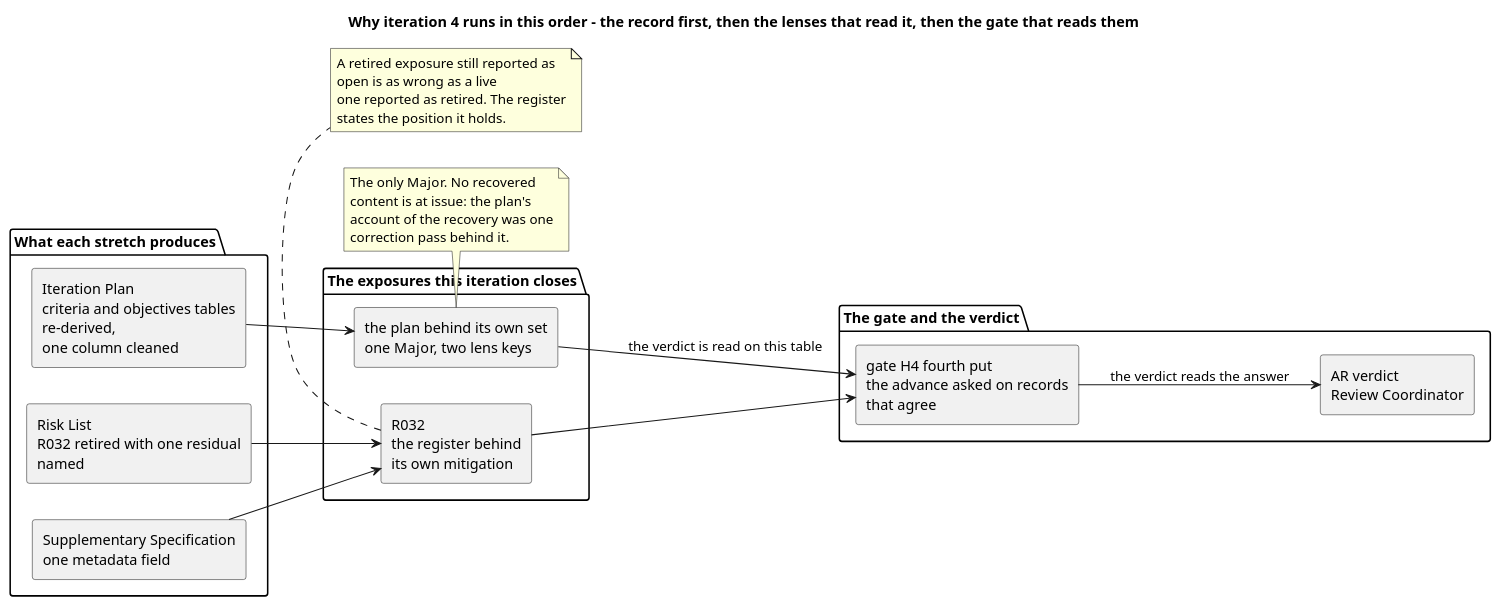
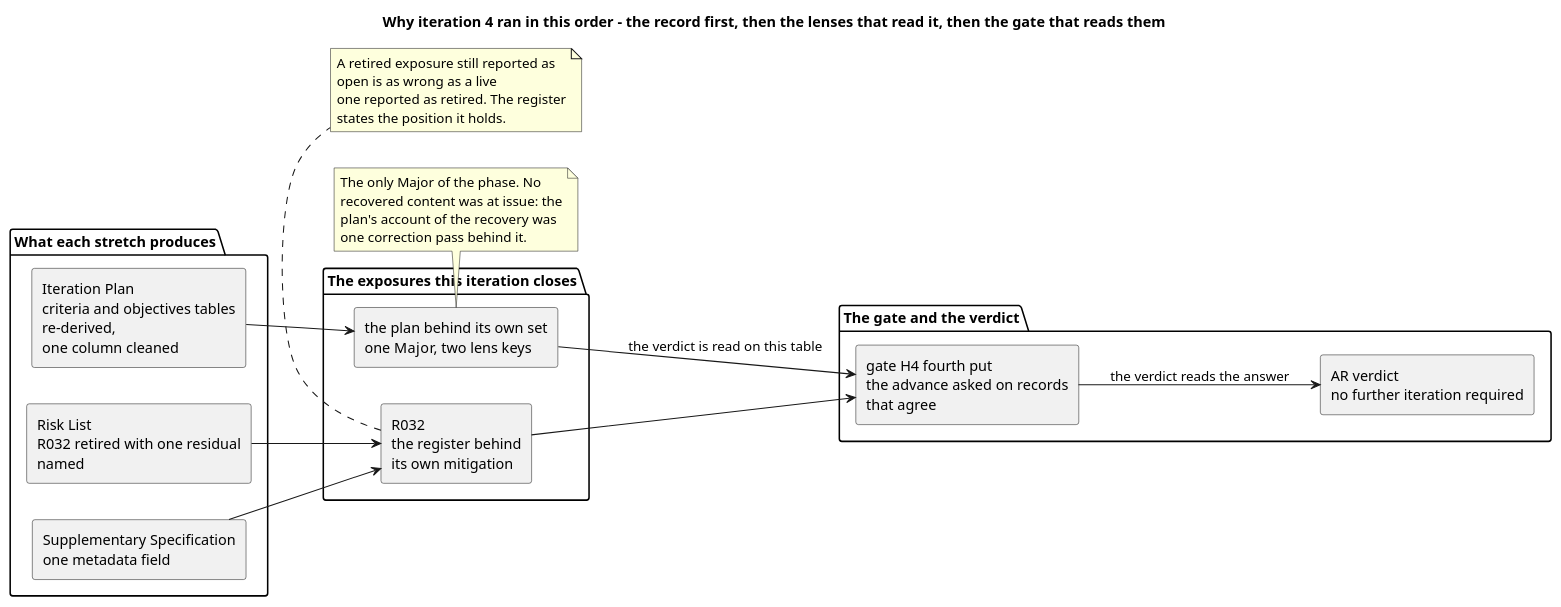
Before and after one commit to banense-test/TodoApp: the fourth of 6 diagrams in docs/artifacts/project-management/iteration-plan.md, drawn with PlantUML. The commit also changed other lines of this file, not shown here.

First line of the commit message:
Project Manager [Excavation4]: upsert Iteration Plan

````diff
--- a/docs/artifacts/project-management/iteration-plan.md
+++ b/docs/artifacts/project-management/iteration-plan.md
@@ -213,41 +214,41 @@
 ```plantuml
 @startuml
-title Why iteration 4 runs in this order - the record first, then the lenses that read it, then the gate that reads them
+title Why iteration 4 ran in this order - the record first, then the lenses that read it, then the gate that reads them
 skinparam shadowing false
 skinparam componentStyle rectangle
 skinparam wrapWidth 225
 left to right direction
 
 package "What each stretch produces" {
   component "Iteration Plan\ncriteria and objectives tables re-derived,\none column cleaned" as PLAN
   component "Risk List\nR032 retired with one residual named" as RL
   component "Supplementary Specification\none metadata field" as SS
 }
 
 package "The exposures this iteration closes" {
   component "the plan behind its own set\none Major, two lens keys" as MAJ
   component "R032\nthe register behind\nits own mitigation" as R32
 }
 
 package "The gate and the verdict" {
   component "gate H4 fourth put\nthe advance asked on records that agree" as H4
-  component "AR verdict\nReview Coordinator" as ARV
+  component "AR verdict\nno further iteration required" as ARV
 }
 
 PLAN --> MAJ
 RL --> R32
 SS --> R32
 MAJ --> H4 : the verdict is read on this table
 R32 --> H4
 H4 --> ARV : the verdict reads the answer
 
 note bottom of MAJ
-  The only Major. No recovered content is at issue: the plan's
-  account of the recovery was one correction pass behind it.
+  The only Major of the phase. No recovered content was at issue: the
+  plan's account of the recovery was one correction pass behind it.
 end note
 note bottom of R32
   A retired exposure still reported as open is as wrong as a live
   one reported as retired. The register states the position it holds.
 end note
 @enduml
 ```
````
